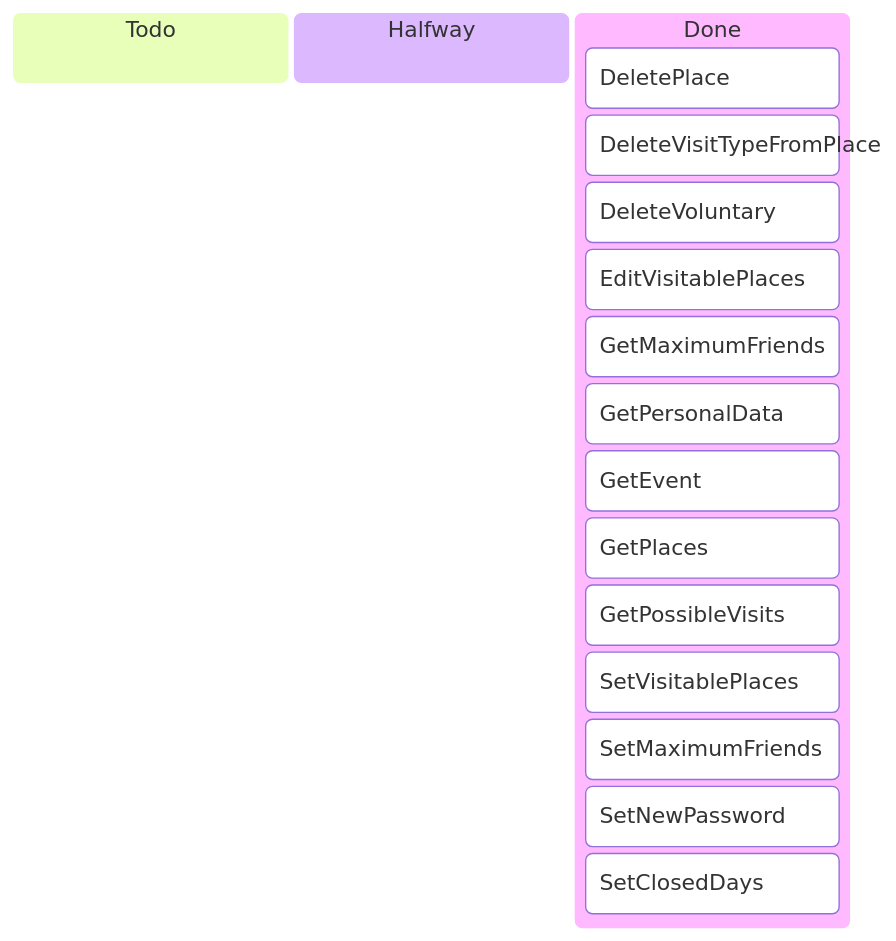
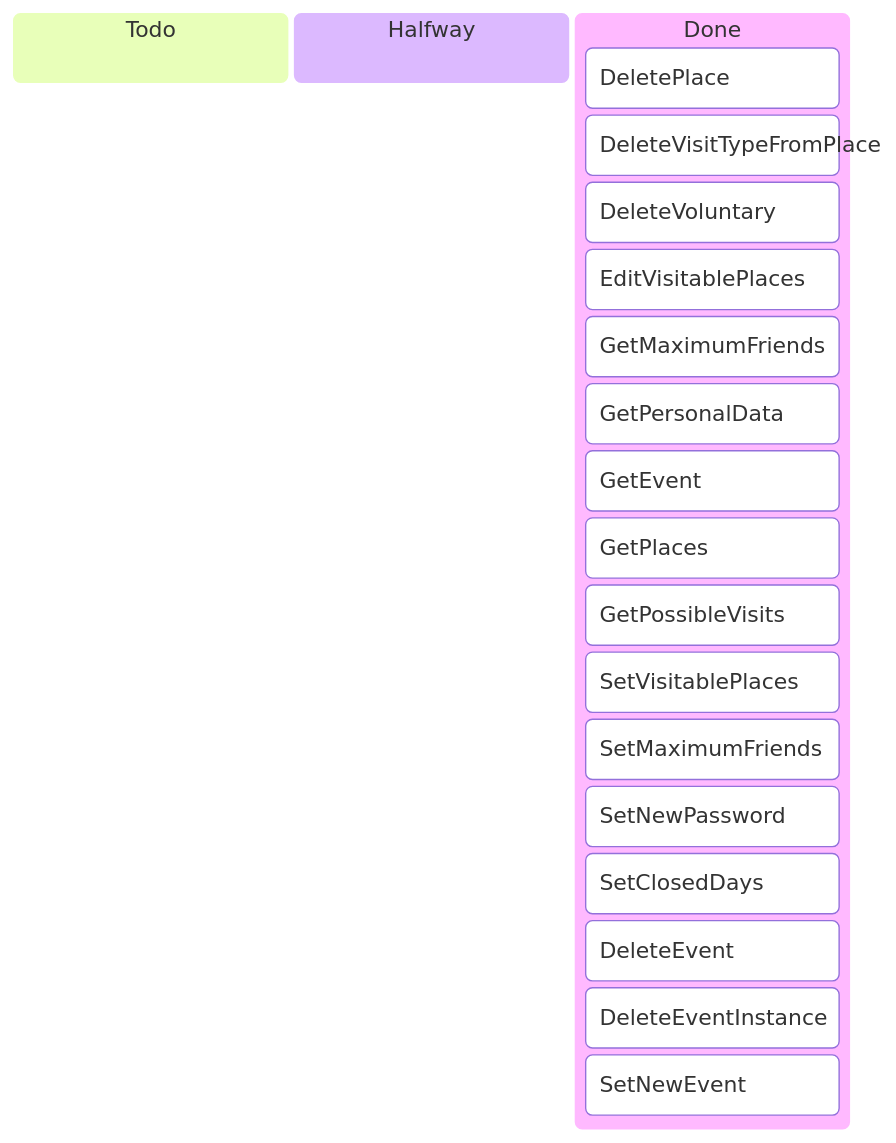
The first of 3 diagrams in TODO.md (MesserLancillotto/ProgettoApollo), drawn with Mermaid before and after one commit. The commit also changed 21 other files, not shown here.

````diff
--- a/TODO.md
+++ b/TODO.md
@@ -3,21 +3,24 @@
 ```mermaid
 kanban
   todo[Todo]
 
   halfway[Halfway]
 
   done[Done]
     DeletePlace 
     DeleteVisitTypeFromPlace
     DeleteVoluntary 
     EditVisitablePlaces
     GetMaximumFriends
     GetPersonalData 
     GetEvent
     GetPlaces
     GetPossibleVisits
     SetVisitablePlaces
     SetMaximumFriends
     SetNewPassword
     SetClosedDays
+    DeleteEvent
+    DeleteEventInstance
+    SetNewEvent
 ```
````
